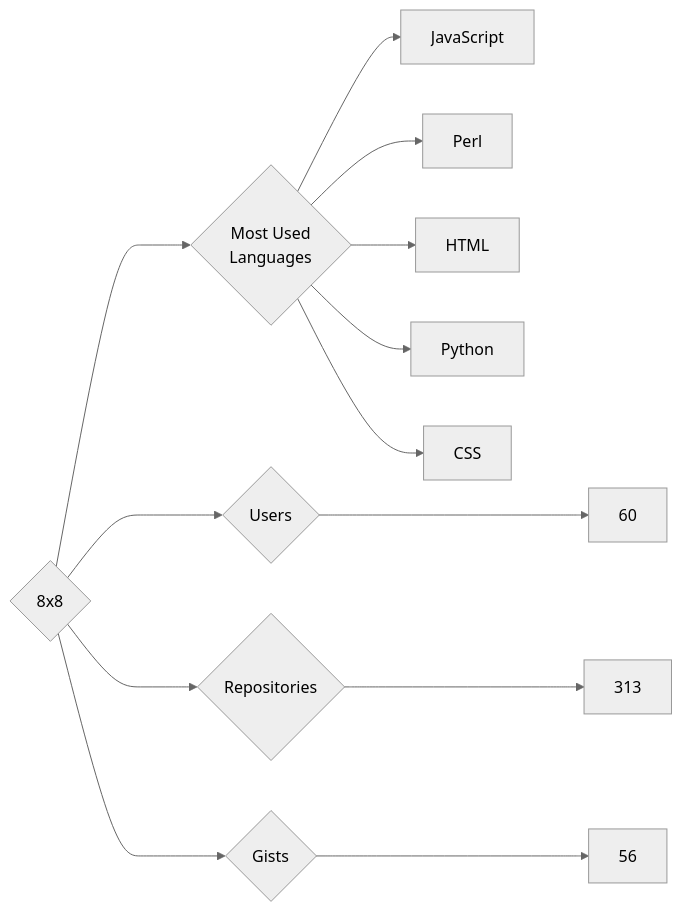
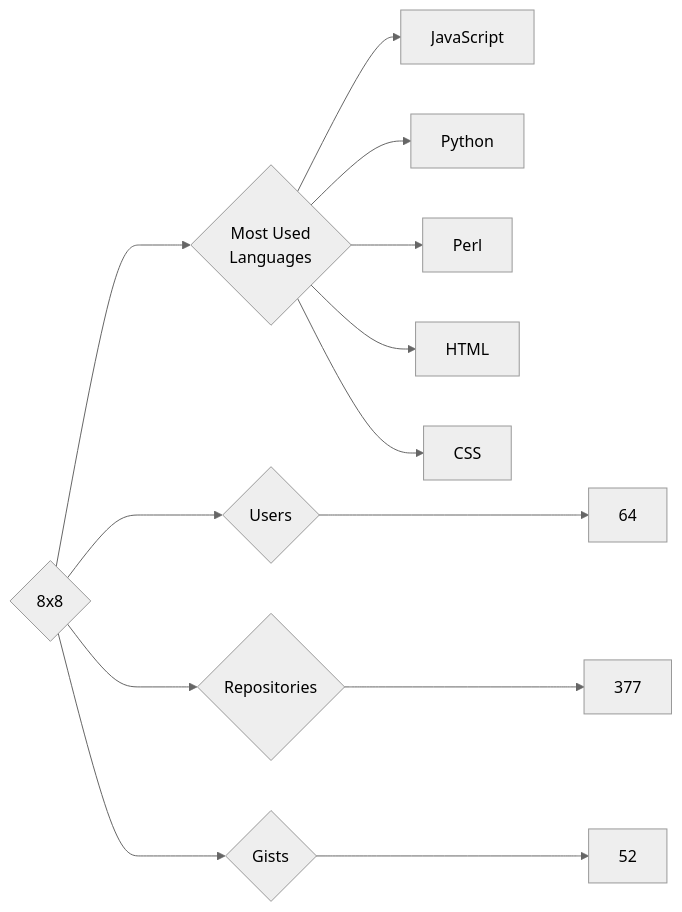
The diagram in targets/8x8/README.md (trickest/insiders), drawn with Mermaid (neutral theme) before and after one commit. The commit also changed 1149 other files, not shown here.

````diff
--- a/targets/8x8/README.md
+++ b/targets/8x8/README.md
@@ -3,13 +3,13 @@
 ```mermaid
 graph LR
 COMPANY_NAME{8x8}
-COMPANY_NAME ---> U{Users} ---> UN[60]
-COMPANY_NAME ---> R{Repositories} ---> RN[313]
-COMPANY_NAME ---> G{Gists} ---> GN[56]
+COMPANY_NAME ---> U{Users} ---> UN[64]
+COMPANY_NAME ---> R{Repositories} ---> RN[377]
+COMPANY_NAME ---> G{Gists} ---> GN[52]
 COMPANY_NAME ---> ML{Most Used<br>Languages}
 ML --> JavaScript[JavaScript]
+ML --> Python[Python]
 ML --> Perl[Perl]
 ML --> HTML[HTML]
-ML --> Python[Python]
 ML --> CSS[CSS]
 ```
````
